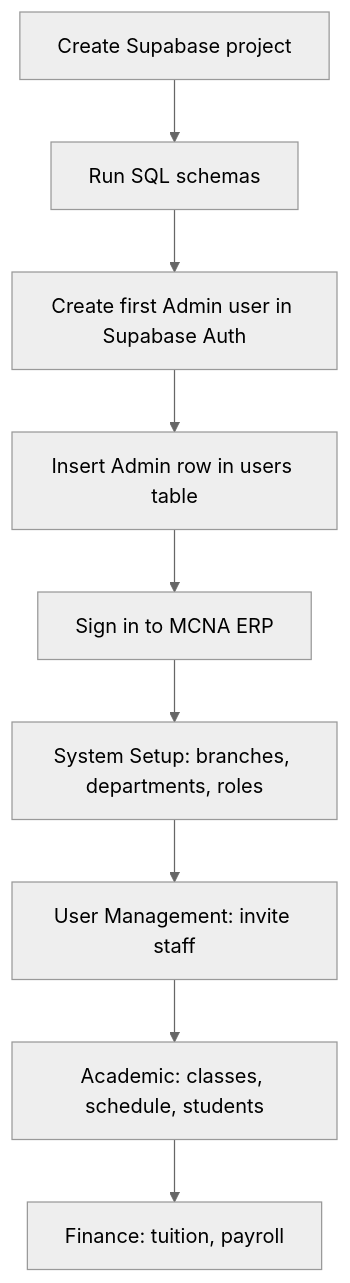
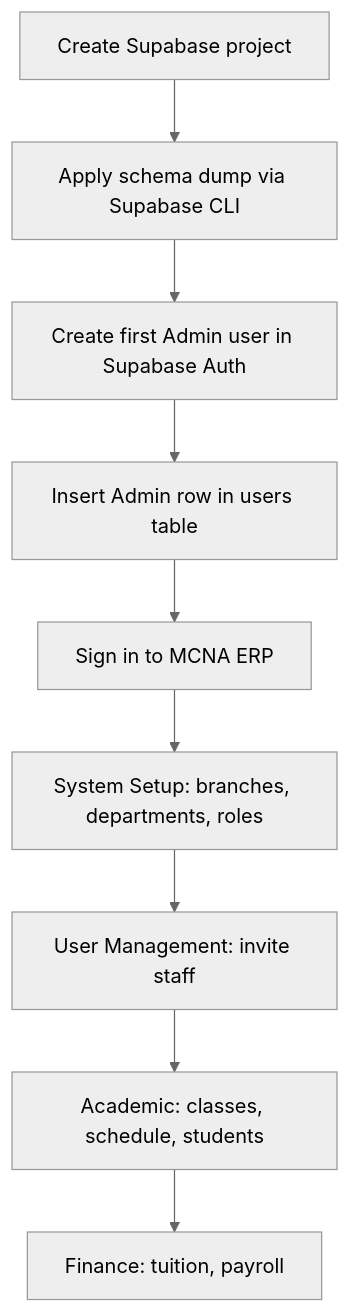
The first of 2 diagrams in README.md (thanhtung201-git/scholastic-compass-pro), drawn with Mermaid (neutral theme) before and after one commit. The commit also changed other lines of this file, not shown here.

````diff
--- a/README.md
+++ b/README.md
@@ -106,11 +140,11 @@
 ```mermaid
 flowchart TD
-    A[Create Supabase project] --> B[Run SQL schemas]
+    A[Create Supabase project] --> B[Apply schema dump via Supabase CLI]
     B --> C[Create first Admin user in Supabase Auth]
     C --> D[Insert Admin row in users table]
     D --> E[Sign in to MCNA ERP]
     E --> F[System Setup: branches, departments, roles]
     F --> G[User Management: invite staff]
     G --> H[Academic: classes, schedule, students]
     H --> I[Finance: tuition, payroll]
 ```
````
